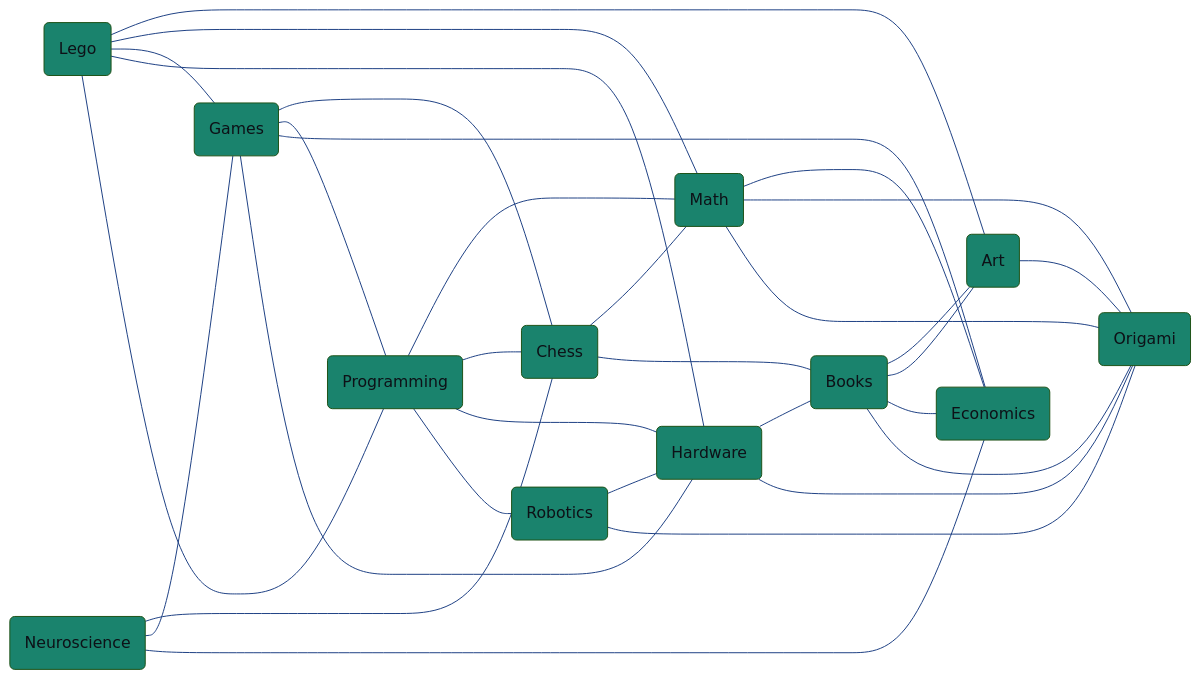
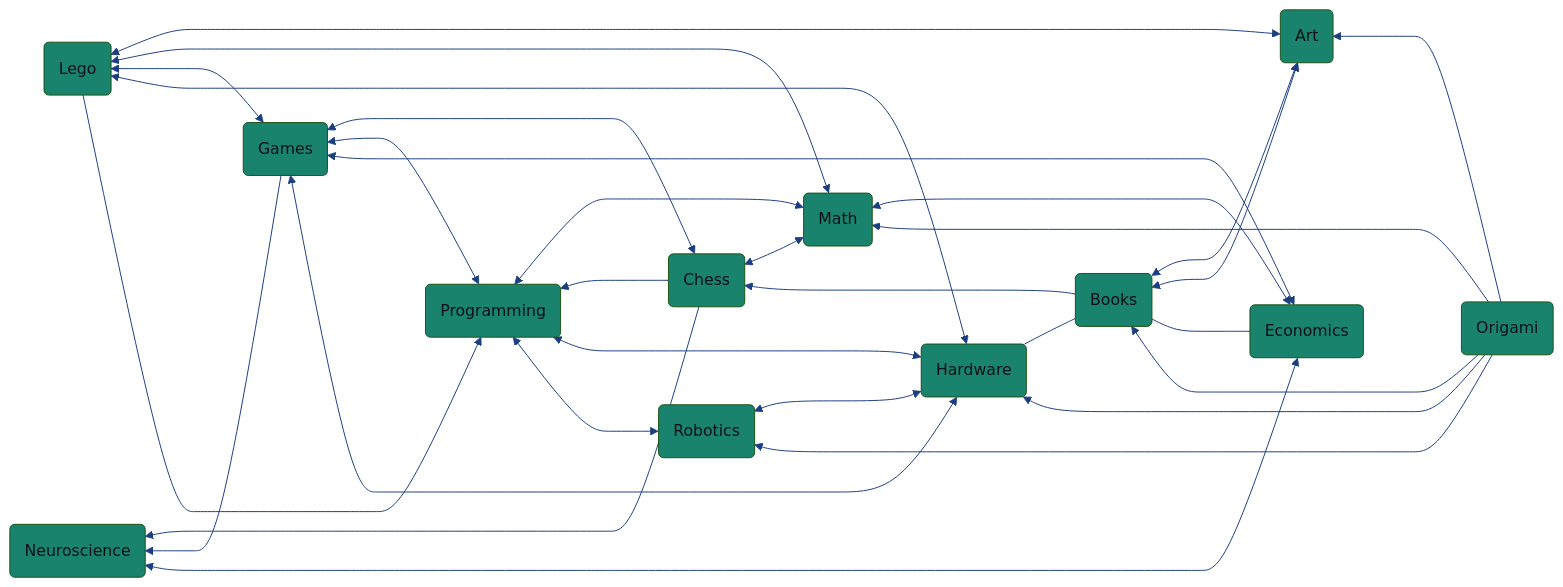
The diagram in README.md (Rockroyal305/Rockroyal305), drawn with Mermaid before and after one commit.

````diff
--- a/README.md
+++ b/README.md
@@ -5,40 +5,39 @@
 ```mermaid
 %%{
   init: {
     'theme': 'base',
     'themeVariables': {
       'primaryColor': '#1A836D',
       'primaryTextColor': '#0D1117',
       'primaryBorderColor': '#1D5116',
       'lineColor': '#1B3E83',
       'secondaryColor': '#093F42',
       'tertiaryColor': '#B0B0B0'
     }
   }
 }%%
   flowchart RL;
-    M(Math) --- C(Chess)
-    M --- P(Programming)
-    C --- P
-    C & P --- G(Games)
+    M(Math) <--> C(Chess)
+    M <---> P(Programming)
+    C ---> P
+    C & P <---> G(Games)
     B(Books)
-    A(Art) --- B
-    A --- B
-    E(Economics) --- M & G
-    B --- C
-    E --- B
-    A & M & G --- L(Lego)
-    L --- P
-    H(Hardware) --- L & G
-    H --- P
+    A(Art) <---> B
+    A <---> B
+    E(Economics) <---> M & G
+    B ---> C
+    E <--- B
+    A & M & G <---> L(Lego)
+    L ---> P
+    H(Hardware) <---> L & G
+    H <---> P
     B --- H
-    R(Robotics) --- P
-    H --- R    
-    C --- N(Neuroscience)
-    G --- N
-    E --- N
-    O(Origami) --- A
-    O --- R
-    O --- M & B & H
-    O --- M
+    R(Robotics) <---> P
+    H <---> R    
+    C ---> N(Neuroscience)
+    G ---> N
+    E <---> N
+    O(Origami) ---> A
+    O ---> R
+    O ---> M & B & H
 ```
````
